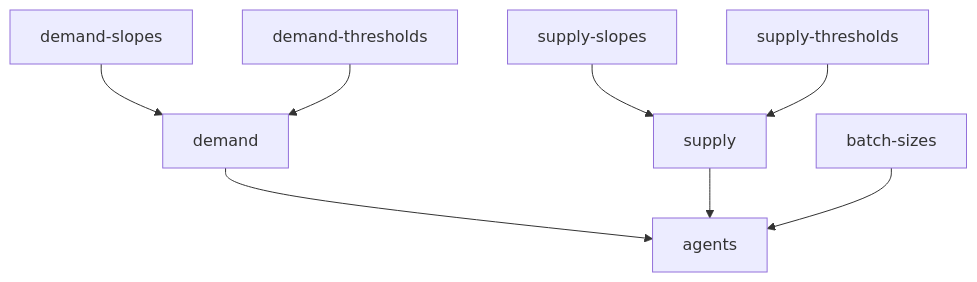
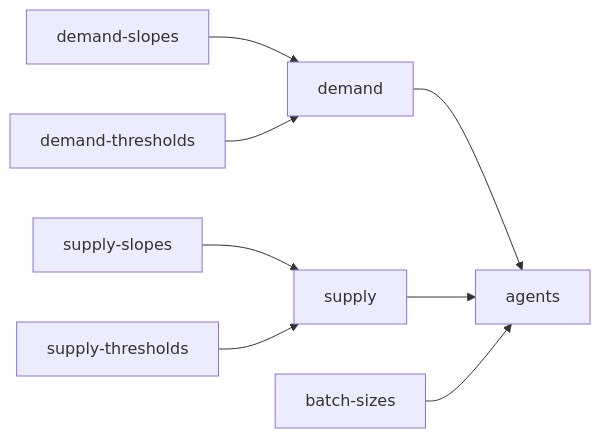
One commit to hcubasd/urban-dollop changed the diagram in README.md. Above: the diagram before and after it, drawn with Mermaid.

Commit message:
use LR layout for pipeline diagram

````diff
--- a/README.md
+++ b/README.md
@@ -3,10 +3,10 @@
 ```mermaid
-flowchart TD
+flowchart LR
     demand_slopes[demand-slopes] --> demand[demand]
     demand_thresholds[demand-thresholds] --> demand
     supply_slopes[supply-slopes] --> supply[supply]
     supply_thresholds[supply-thresholds] --> supply
     demand --> agents[agents]
     supply --> agents
     batch_sizes[batch-sizes] --> agents
 ```
````
